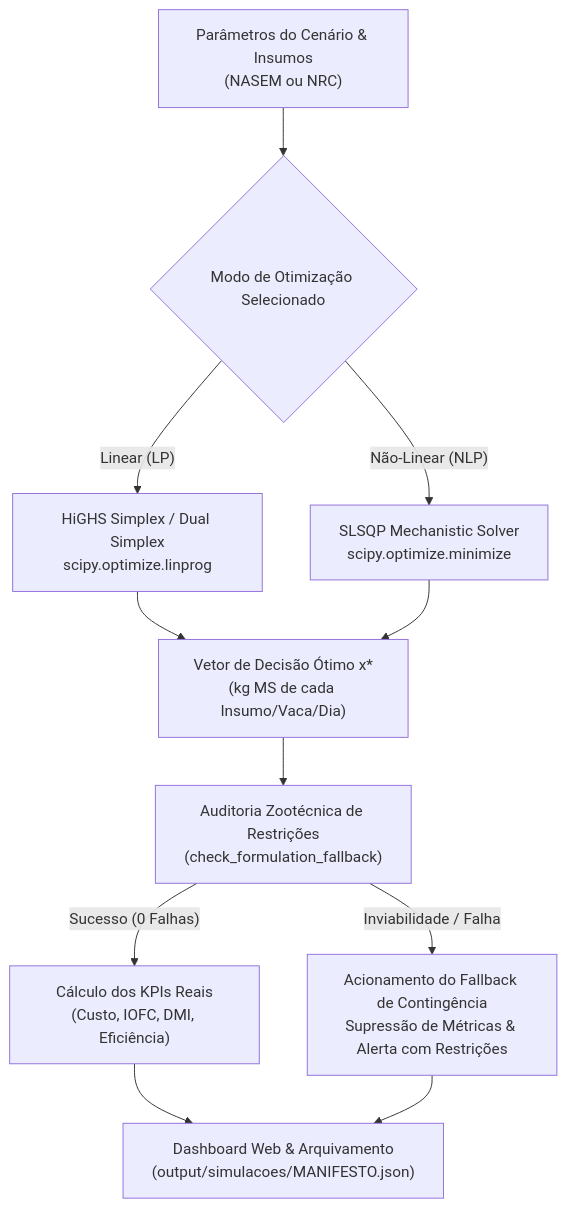
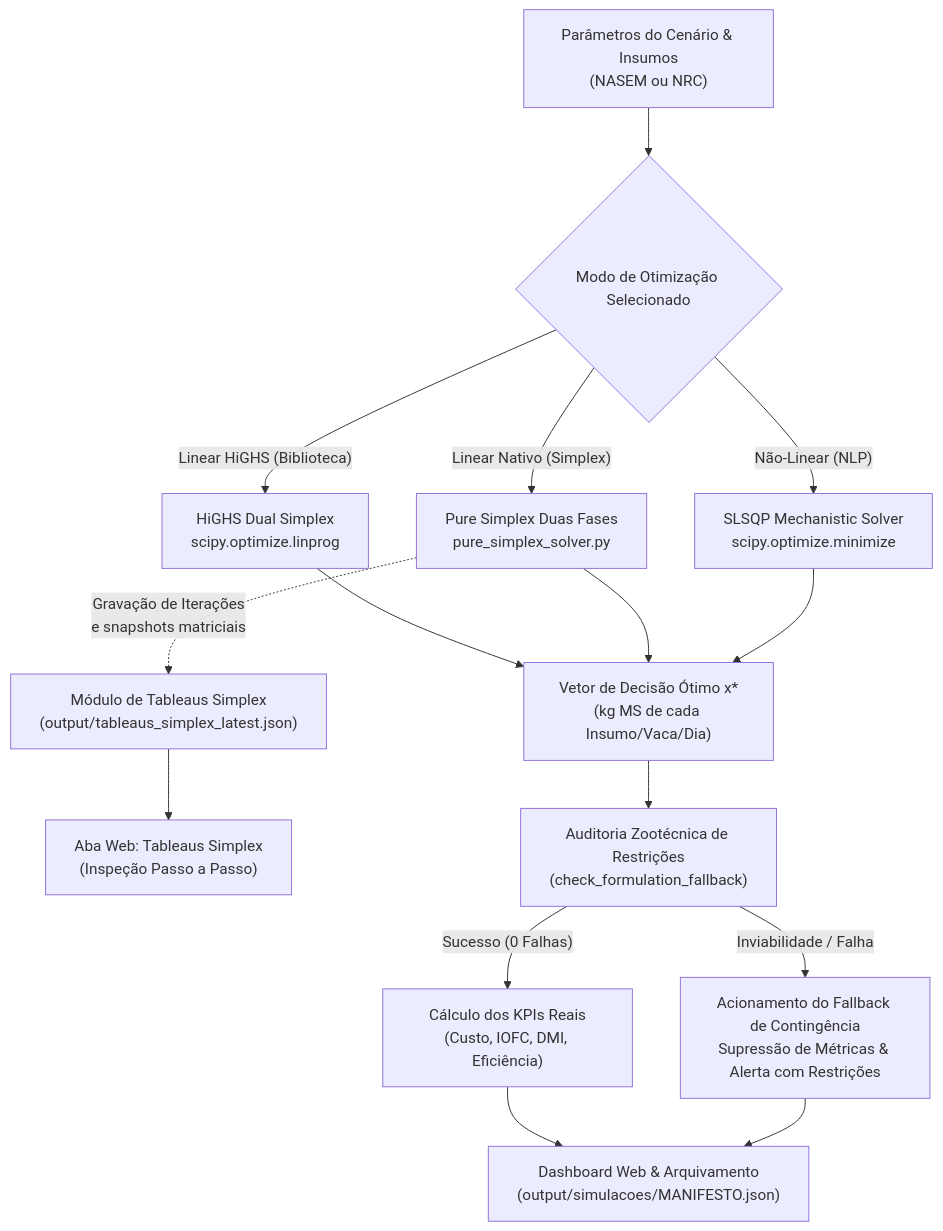
One commit to ivaniojr/RuFaS-PesquisaOperacional changed the first of 2 diagrams in RELATORIO_PESQUISA_OPERACIONAL.md. Above: the diagram before and after it, drawn with Mermaid. The commit also changed other lines of this file and 10 other files, not shown here.

````diff
--- a/RELATORIO_PESQUISA_OPERACIONAL.md
+++ b/RELATORIO_PESQUISA_OPERACIONAL.md
@@ -21,13 +26,17 @@
 ```mermaid
 flowchart TD
     A["Parâmetros do Cenário & Insumos\n(NASEM ou NRC)"] --> B{"Modo de Otimização Selecionado"}
-    B -->|"Linear (LP)"| C["HiGHS Simplex / Dual Simplex\nscipy.optimize.linprog"]
-    B -->|"Não-Linear (NLP)"| D["SLSQP Mechanistic Solver\nscipy.optimize.minimize"]
-    C --> E["Vetor de Decisão Ótimo x*\n(kg MS de cada Insumo/Vaca/Dia)"]
-    D --> E
-    E --> F["Auditoria Zootécnica de Restrições\n(check_formulation_fallback)"]
-    F -->|"Sucesso (0 Falhas)"| G["Cálculo dos KPIs Reais\n(Custo, IOFC, DMI, Eficiência)"]
-    F -->|"Inviabilidade / Falha"| H["Acionamento do Fallback de Contingência\nSupressão de Métricas & Alerta com Restrições"]
-    G --> I["Dashboard Web & Arquivamento\n(output/simulacoes/MANIFESTO.json)"]
-    H --> I
+    B -->|"Linear HiGHS (Biblioteca)"| C["HiGHS Dual Simplex\nscipy.optimize.linprog"]
+    B -->|"Linear Nativo (Simplex)"| D["Pure Simplex Duas Fases\npure_simplex_solver.py"]
+    B -->|"Não-Linear (NLP)"| E["SLSQP Mechanistic Solver\nscipy.optimize.minimize"]
+    D -.->|"Gravação de Iterações\ne snapshots matriciais"| T["Módulo de Tableaus Simplex\n(output/tableaus_simplex_latest.json)"]
+    T --> W["Aba Web: Tableaus Simplex\n(Inspeção Passo a Passo)"]
+    C --> F["Vetor de Decisão Ótimo x*\n(kg MS de cada Insumo/Vaca/Dia)"]
+    D --> F
+    E --> F
+    F --> G["Auditoria Zootécnica de Restrições\n(check_formulation_fallback)"]
+    G -->|"Sucesso (0 Falhas)"| H["Cálculo dos KPIs Reais\n(Custo, IOFC, DMI, Eficiência)"]
+    G -->|"Inviabilidade / Falha"| I["Acionamento do Fallback de Contingência\nSupressão de Métricas & Alerta com Restrições"]
+    H --> J["Dashboard Web & Arquivamento\n(output/simulacoes/MANIFESTO.json)"]
+    I --> J
 ```
````
